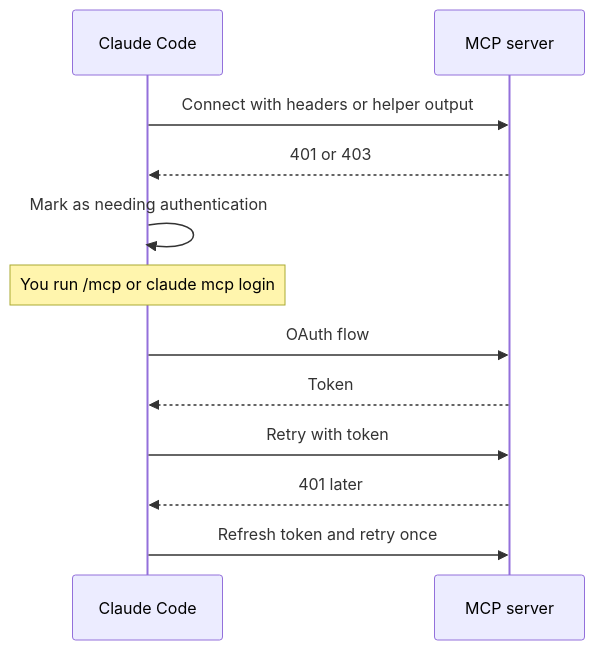
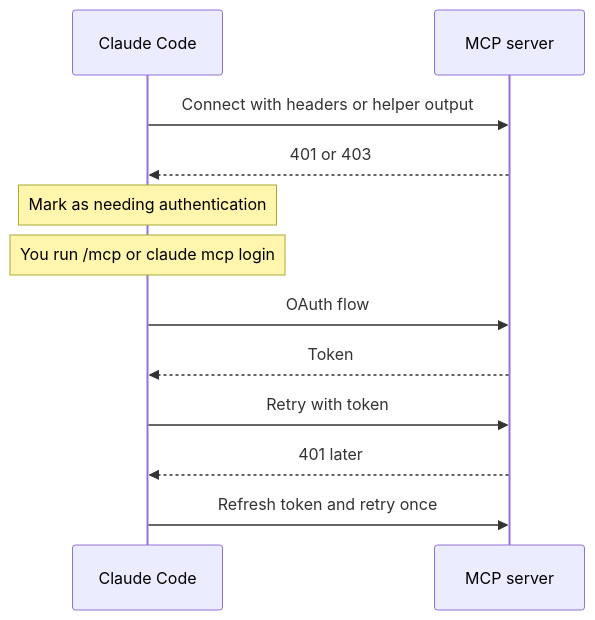
The diagram in docs/extend/mcp/auth.md (xsyetopz/claude-code-docs), drawn with Mermaid before and after one commit. The commit also changed 106 other files, not shown here.

````diff
--- a/docs/extend/mcp/auth.md
+++ b/docs/extend/mcp/auth.md
@@ -103,14 +103,14 @@
 ```mermaid
 sequenceDiagram
   participant C as Claude Code
   participant S as MCP server
   C->>S: Connect with headers or helper output
   S-->>C: 401 or 403
-  C->>C: Mark as needing authentication
+  Note over C: Mark as needing authentication
   Note over C: You run /mcp or claude mcp login
   C->>S: OAuth flow
   S-->>C: Token
   C->>S: Retry with token
   S-->>C: 401 later
   C->>S: Refresh token and retry once
 ```
````
